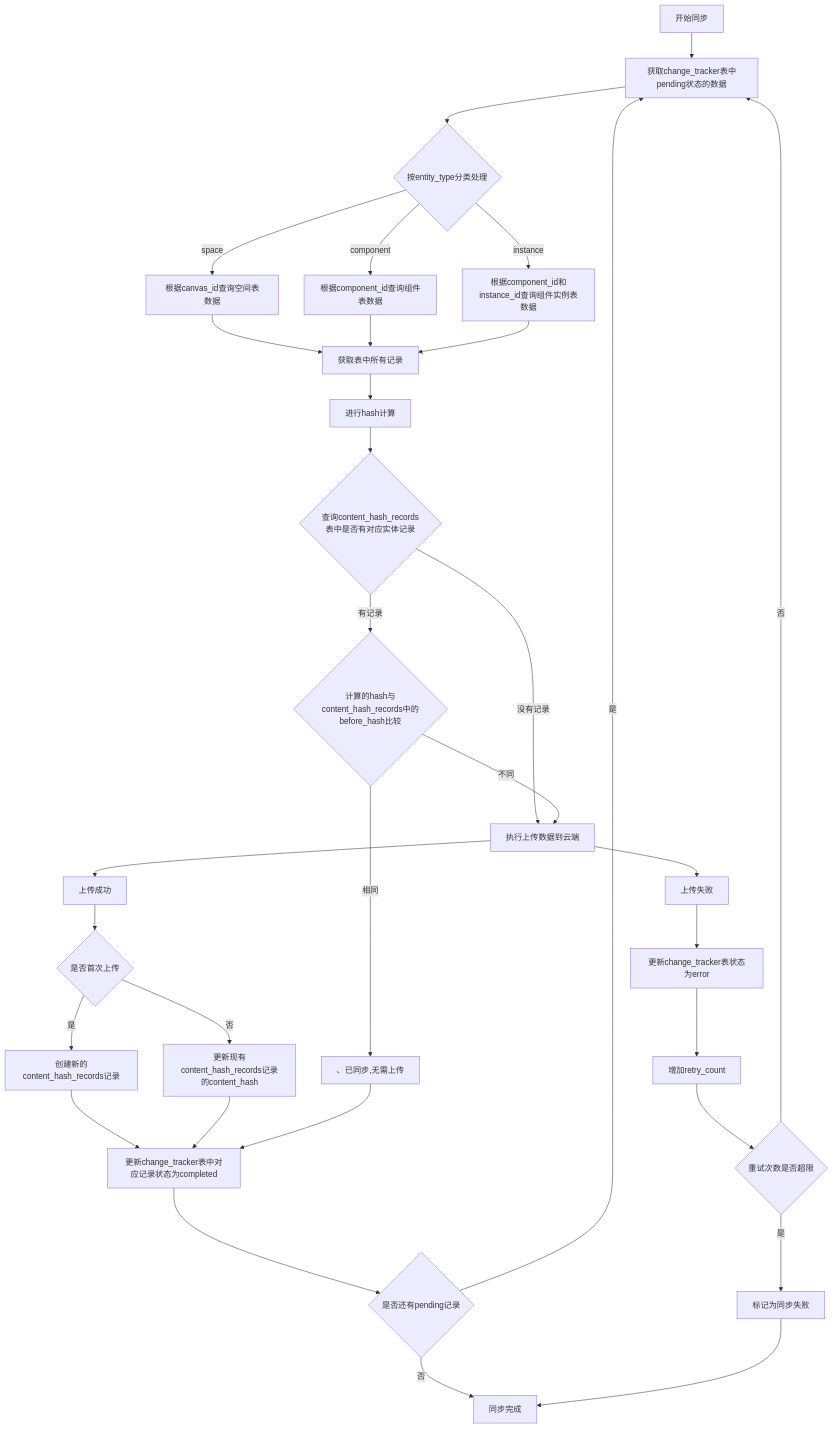
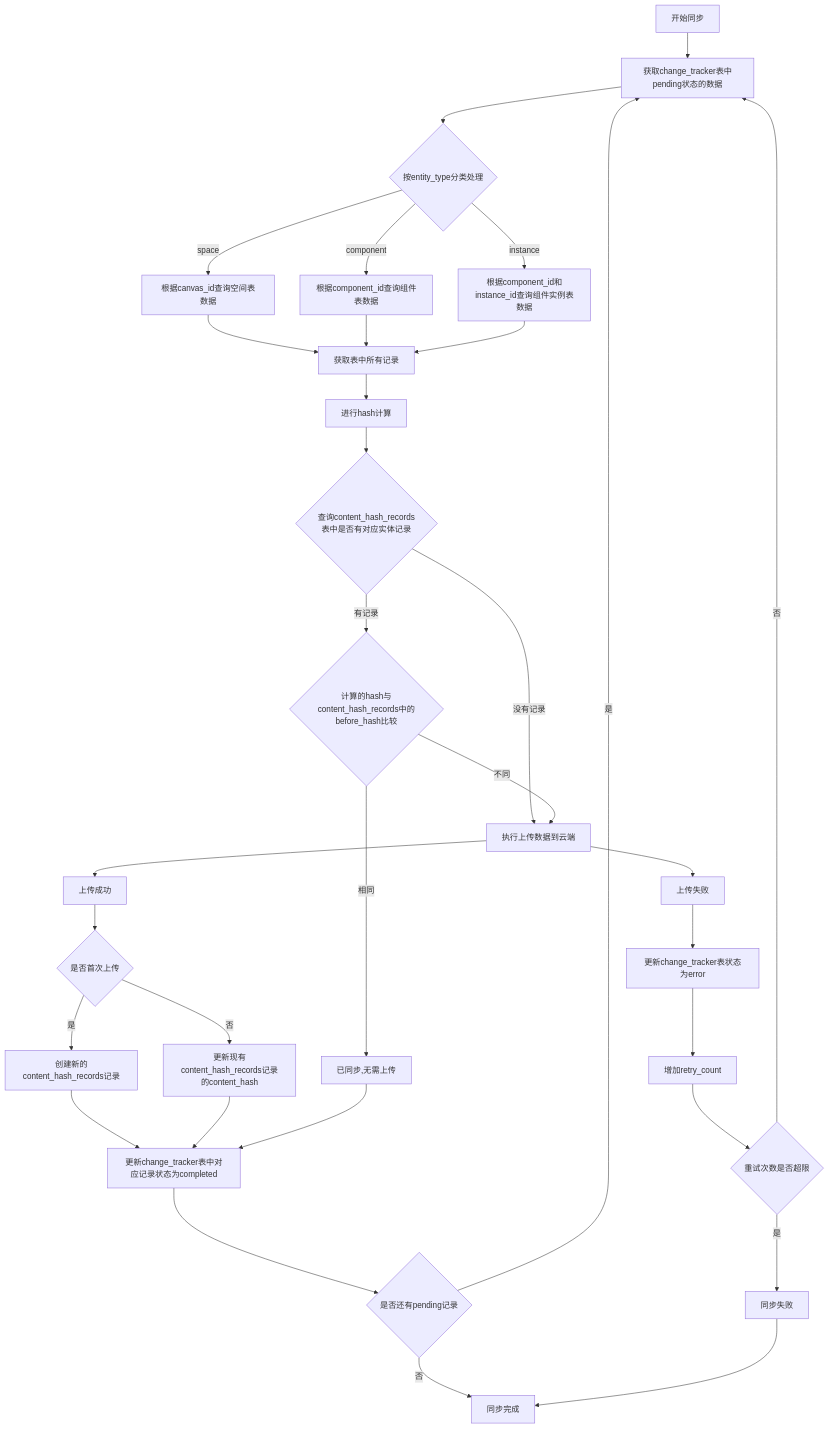
Before and after one commit to yingjianzh/iodraw-files: the diagram in all/未命名-44.md, drawn with Mermaid.

Commit message:
2025-04-27 10:31:49 update

````diff
--- a/all/未命名-44.md
+++ b/all/未命名-44.md
@@ -1,47 +1,47 @@
 ```mermaid
 
 flowchart TD
     A[开始同步] --> B[获取change_tracker表中pending状态的数据]
     B --> C{按entity_type分类处理}
     
     C -->|space| D1[根据canvas_id查询空间表数据]
     C -->|component| D2[根据component_id查询组件表数据]
     C -->|instance| D3[根据component_id和instance_id查询组件实例表数据]
     
     D1 --> E1[获取表中所有记录]
     D2 --> E1
     D3 --> E1
     
     E1 --> E2[进行hash计算]
     
     
     E2 --> I1{查询content_hash_records表中是否有对应实体记录}
     I1 -->|没有记录| K[执行上传数据到云端]
     I1 -->|有记录| I2{计算的hash与content_hash_records中的before_hash比较}
-    I2 -->|相同| J[、已同步,无需上传]
+    I2 -->|相同| J[已同步,无需上传]
     I2 -->|不同| K
     
     K --> L[上传成功]
     L --> M1{是否首次上传}
     M1 -->|是| M2[创建新的content_hash_records记录]
     M1 -->|否| M3[更新现有content_hash_records记录的content_hash]
     
     M2 --> N[更新change_tracker表中对应记录状态为completed]
     M3 --> N
     
     J --> N
     
     N --> O{是否还有pending记录}
     O -->|是| B
     O -->|否| P[同步完成]
     
     K --> Q[上传失败]
     Q --> R[更新change_tracker表状态为error]
     R --> S[增加retry_count]
     S --> T{重试次数是否超限}
-    T -->|是| U[标记为同步失败]
+    T -->|是| U[同步失败]
     T -->|否| B
     
     U --> P
 
 ```
````
